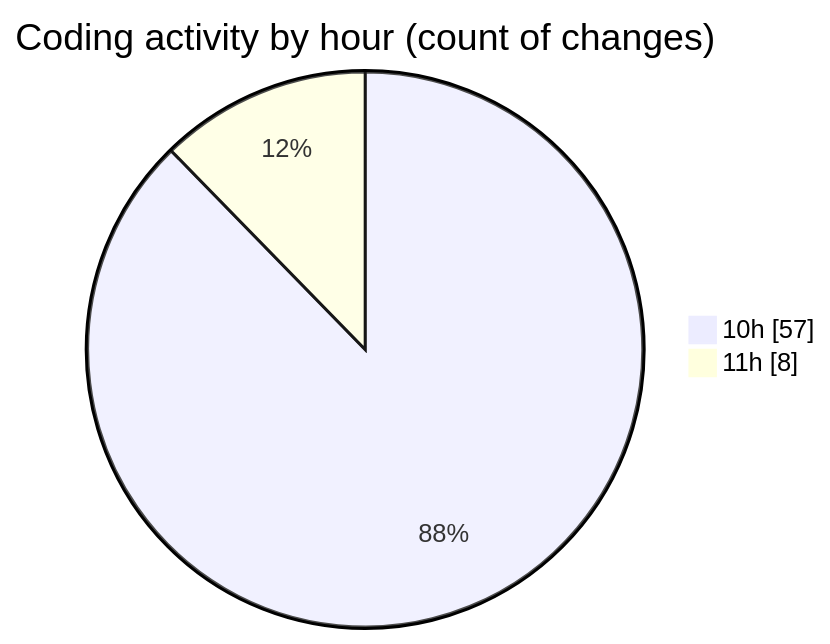
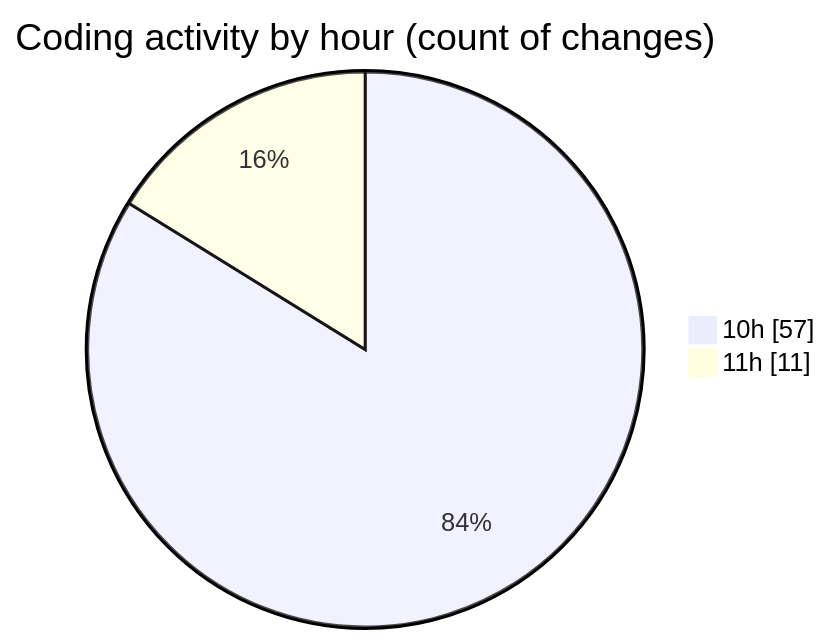
One commit to LanceThiago/code-tracking changed the second of 2 diagrams in 2025-01-13/nueva_carpeta/README.md. Above: the diagram before and after it, drawn with Mermaid. The commit also changed other lines of this file and 1 other file, not shown here.

````diff
--- a/2025-01-13/nueva_carpeta/README.md
+++ b/2025-01-13/nueva_carpeta/README.md
@@ -28,6 +28,6 @@
 ```mermaid
 pie showData
 title Coding activity by hour (count of changes)
 "10h" : 57
-"11h" : 8
+"11h" : 11
 ```
````
